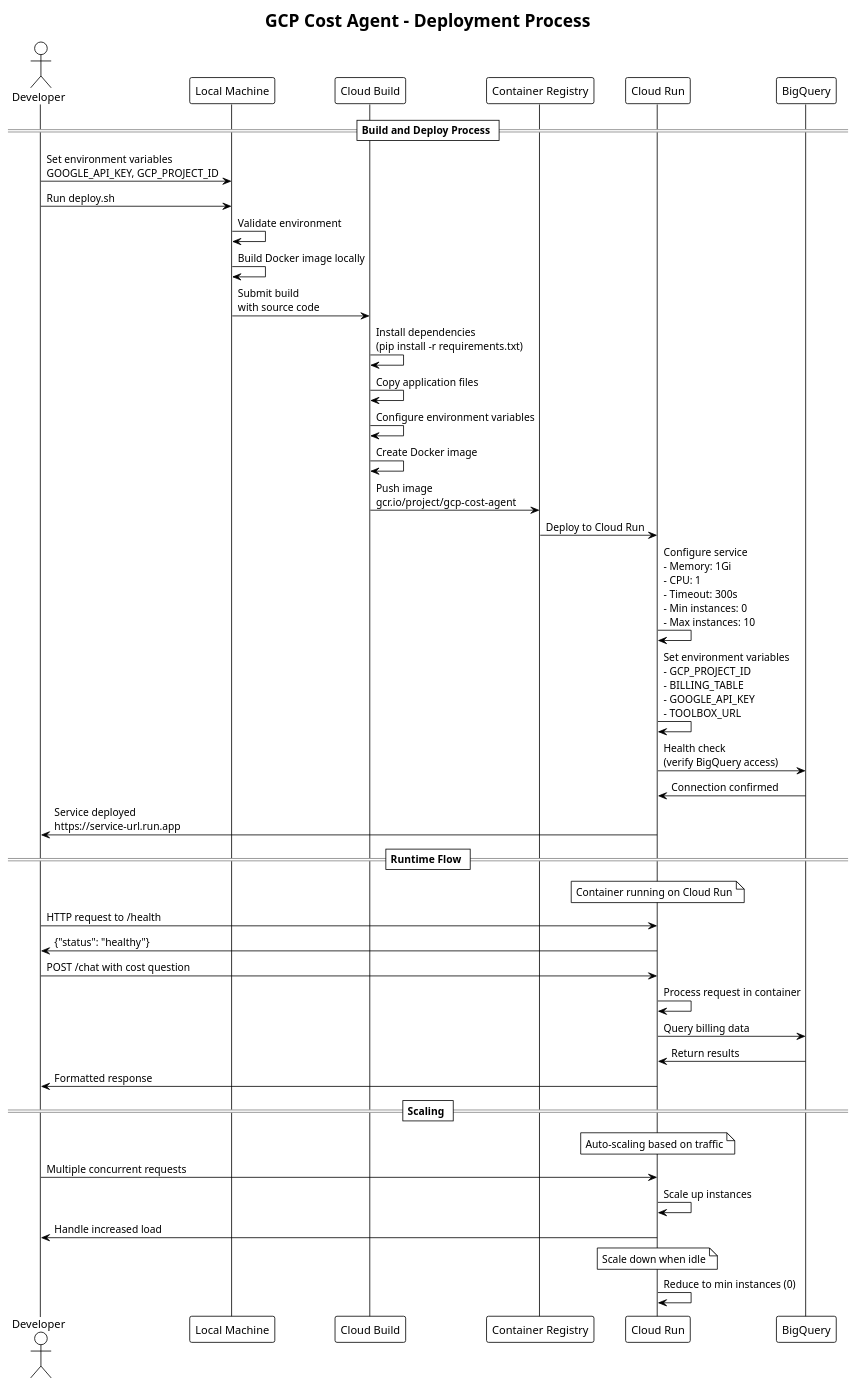
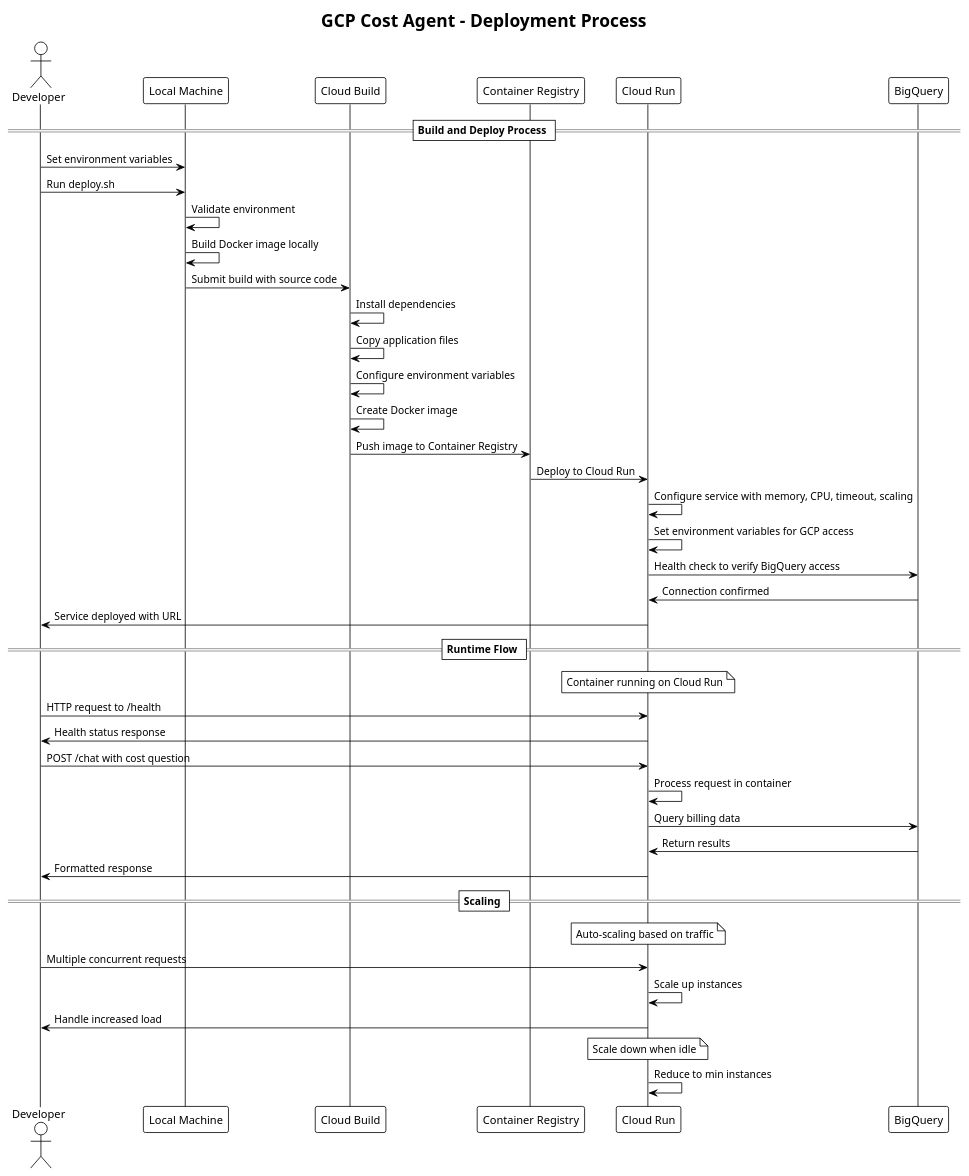
The diagram in docs/deployment.puml (kirill-demidov/gcp-cost-agent), drawn with PlantUML before and after one commit. The commit also changed 3 other files, not shown here.

First line of the commit message:
Fix PlantUML syntax errors in diagrams

```diff
--- a/docs/deployment.puml
+++ b/docs/deployment.puml
@@ -1,60 +1,60 @@
 @startuml Cloud Run Deployment Flow
 !theme plain
 title GCP Cost Agent - Deployment Process
 
 actor Developer
 participant "Local Machine" as Local
 participant "Cloud Build" as Build
 participant "Container Registry" as Registry
 participant "Cloud Run" as Run
 participant "BigQuery" as BQ
 
 == Build and Deploy Process ==
 
-Developer -> Local: Set environment variables\nGOOGLE_API_KEY, GCP_PROJECT_ID
+Developer -> Local: Set environment variables
 Developer -> Local: Run deploy.sh
 
 Local -> Local: Validate environment
 Local -> Local: Build Docker image locally
 
-Local -> Build: Submit build\nwith source code
-Build -> Build: Install dependencies\n(pip install -r requirements.txt)
+Local -> Build: Submit build with source code
+Build -> Build: Install dependencies
 Build -> Build: Copy application files
 Build -> Build: Configure environment variables
 Build -> Build: Create Docker image
 
-Build -> Registry: Push image\ngcr.io/project/gcp-cost-agent
+Build -> Registry: Push image to Container Registry
 
 Registry -> Run: Deploy to Cloud Run
-Run -> Run: Configure service\n- Memory: 1Gi\n- CPU: 1\n- Timeout: 300s\n- Min instances: 0\n- Max instances: 10
+Run -> Run: Configure service with memory, CPU, timeout, scaling
 
-Run -> Run: Set environment variables\n- GCP_PROJECT_ID\n- BILLING_TABLE\n- GOOGLE_API_KEY\n- TOOLBOX_URL
+Run -> Run: Set environment variables for GCP access
 
-Run -> BQ: Health check\n(verify BigQuery access)
+Run -> BQ: Health check to verify BigQuery access
 BQ -> Run: Connection confirmed
 
-Run -> Developer: Service deployed\nhttps://service-url.run.app
+Run -> Developer: Service deployed with URL
 
 == Runtime Flow ==
 
 note over Run: Container running on Cloud Run
 Developer -> Run: HTTP request to /health
-Run -> Developer: {"status": "healthy"}
+Run -> Developer: Health status response
 
 Developer -> Run: POST /chat with cost question
 Run -> Run: Process request in container
 Run -> BQ: Query billing data
 BQ -> Run: Return results
 Run -> Developer: Formatted response
 
 == Scaling ==
 
 note over Run: Auto-scaling based on traffic
 Developer -> Run: Multiple concurrent requests
 Run -> Run: Scale up instances
 Run -> Developer: Handle increased load
 
 note over Run: Scale down when idle
-Run -> Run: Reduce to min instances (0)
+Run -> Run: Reduce to min instances
 
 @enduml
```
